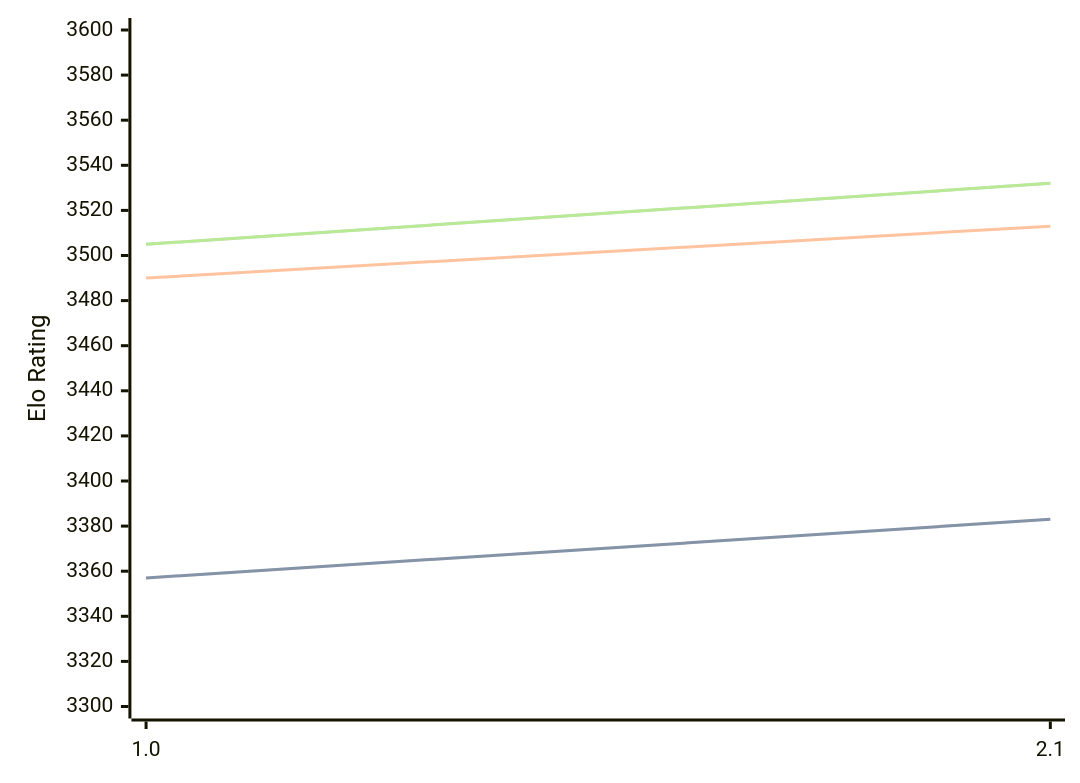
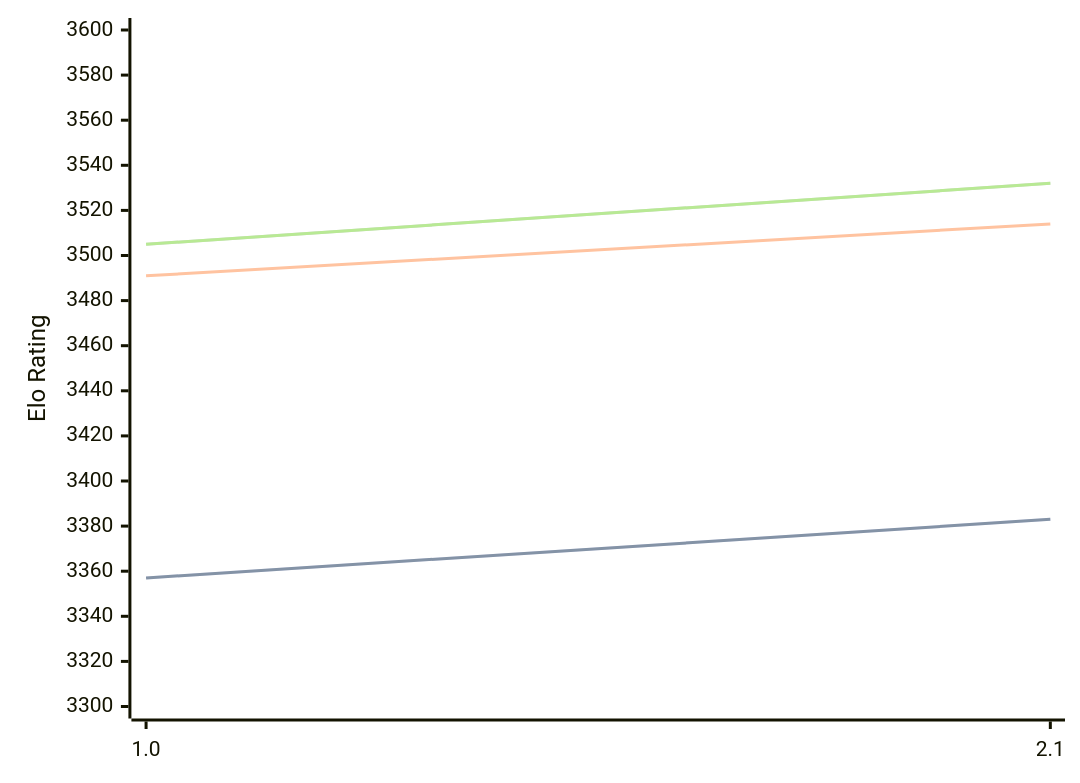
Before and after one commit to computer-chess-index/cci: the diagram in engines/Hobbes.md, drawn with Mermaid. The commit also changed other lines of this file, not shown here.

````diff
--- a/engines/Hobbes.md
+++ b/engines/Hobbes.md
@@ -33,11 +33,11 @@
 ```mermaid
 %%{init: {"theme":"base","themeVariables":{"seriesColors:['#a3a3a3','#222221','#faa371']}}}%%
 xychart-beta
   x-axis ["1.0", "2.1"]
   y-axis "Elo Rating" 3300 --> 3600
   line "STC (8.0+0.08s)" [3357, 3383]
   line "STC (8.0+0.08s)" [3357, 3383]
-  line "LTC (60.0+0.60s)" [3490, 3513]
+  line "LTC (60.0+0.60s)" [3491, 3514]
   line "VLTC (2m24s+1.12s)" [3505, 3532]
   line "VLTC (2m24s+1.12s)" [3505, 3532]
 ```
````
